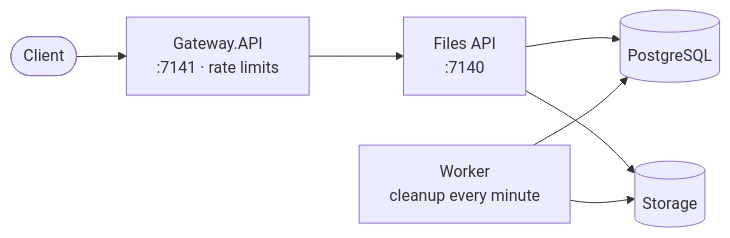
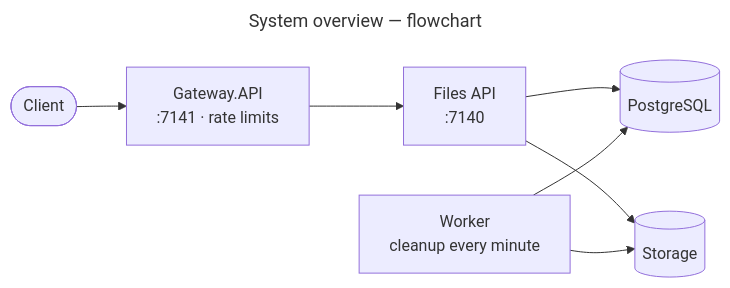
Before and after one commit to gmetskhvarishvili/GM.FileStorage.Samples: the diagram in README.md, drawn with Mermaid. The commit also changed other lines of this file and 7 other files, not shown here.

First line of the commit message:
docs: name every diagram "subject — kind" and index them

````diff
--- a/README.md
+++ b/README.md
@@ -30,9 +30,12 @@
 ```mermaid
+---
+title: System overview — flowchart
+---
 flowchart LR
     client([Client]) --> gw[Gateway.API<br/>:7141 · rate limits]
     gw --> api[Files API<br/>:7140]
     api --> db[(PostgreSQL)]
     api --> store[(Storage)]
     worker[Worker<br/>cleanup every minute] --> db
     worker --> store
 ```
````
